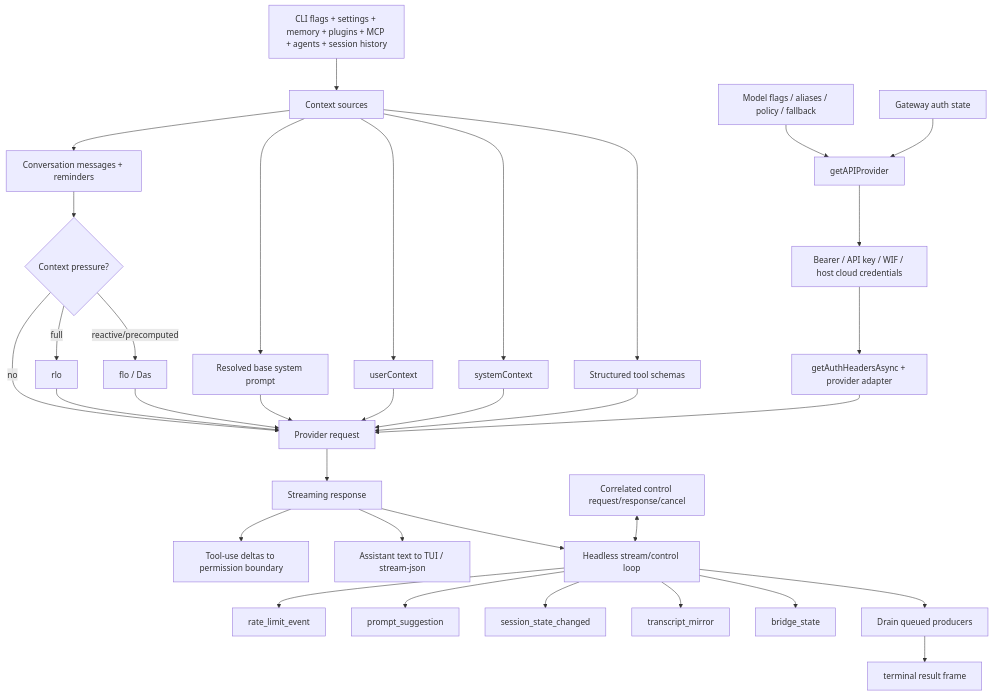
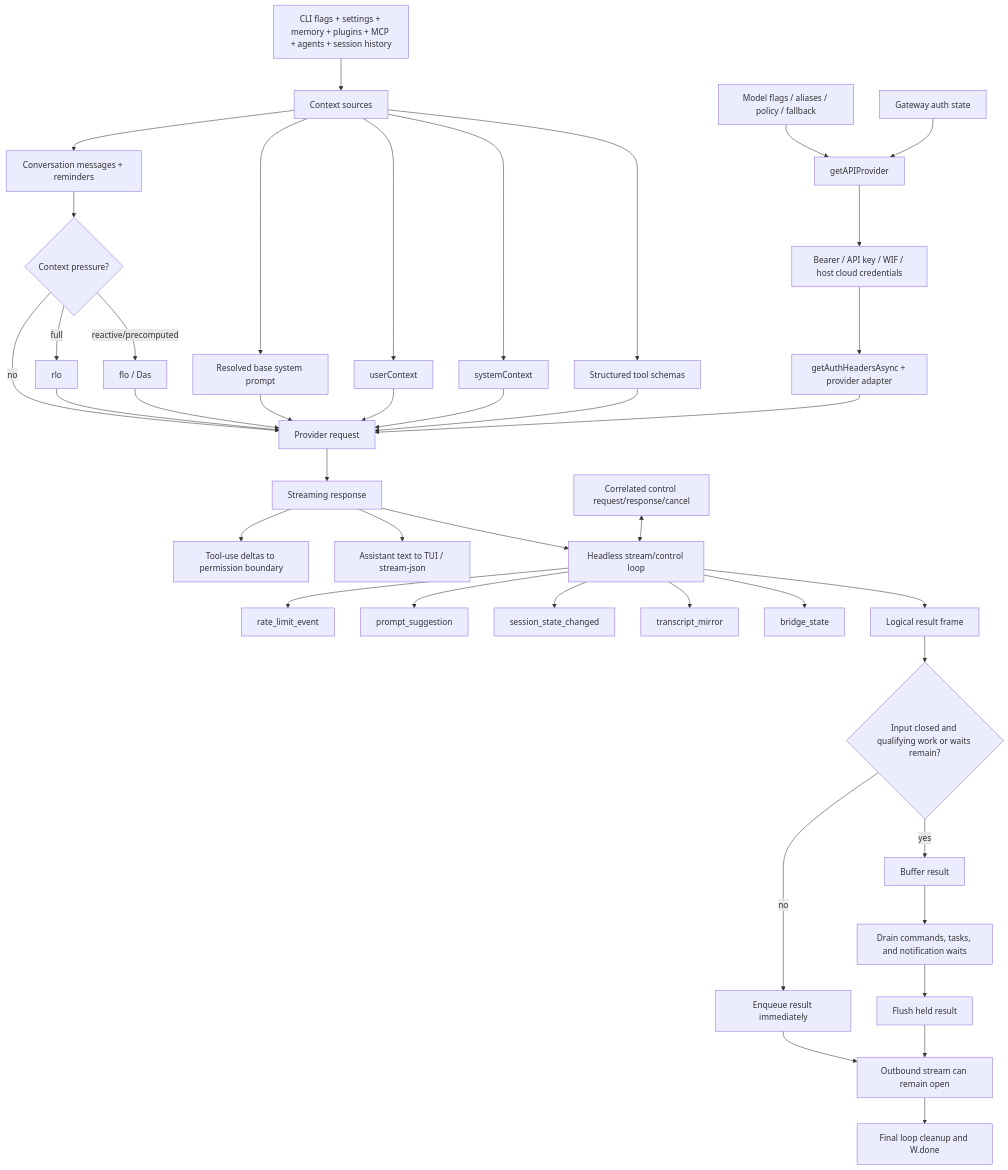
The diagram in docs/02-context-model-loop/architecture.md (vibewatch/claude-code-internals), drawn with Mermaid before and after one commit. The commit also changed other lines of this file and 27 other files, not shown here.

````diff
--- a/docs/02-context-model-loop/architecture.md
+++ b/docs/02-context-model-loop/architecture.md
@@ -65,40 +66,47 @@
 ```mermaid
 flowchart TD
     Inputs[CLI flags + settings + memory + plugins + MCP + agents + session history] --> Sources[Context sources]
     Sources --> Base[Resolved base system prompt]
     Sources --> User[userContext]
     Sources --> System[systemContext]
     Sources --> Tools[Structured tool schemas]
     Sources --> Transcript[Conversation messages + reminders]
 
     Transcript --> CompactRouter{Context pressure?}
     CompactRouter -->|no| Request[Provider request]
     CompactRouter -->|full| Full[rlo]
     CompactRouter -->|reactive/precomputed| Reactive[flo / Das]
     Full --> Request
     Reactive --> Request
     Base --> Request
     User --> Request
     System --> Request
     Tools --> Request
 
     Models[Model flags / aliases / policy / fallback] --> ProviderRouter[getAPIProvider]
     Gateway[Gateway auth state] --> ProviderRouter
     ProviderRouter --> AuthMatrix[Bearer / API key / WIF / host cloud credentials]
     AuthMatrix --> Headers[getAuthHeadersAsync + provider adapter]
     Headers --> Request
 
     Request --> ModelStream[Streaming response]
     ModelStream --> ToolUse[Tool-use deltas to permission boundary]
     ModelStream --> TextUI[Assistant text to TUI / stream-json]
 
     ModelStream --> Mux[Headless stream/control loop]
     Control[Correlated control request/response/cancel] <--> Mux
     Mux --> RateLimit[rate_limit_event]
     Mux --> Suggestions[prompt_suggestion]
     Mux --> State[session_state_changed]
     Mux --> Mirror[transcript_mirror]
     Mux --> Bridge[bridge_state]
-    Mux --> Drain[Drain queued producers]
-    Drain --> Result[terminal result frame]
+    Mux --> Result[Logical result frame]
+    Result --> Hold{Input closed and qualifying work or waits remain?}
+    Hold -->|no| Emit[Enqueue result immediately]
+    Hold -->|yes| Held[Buffer result]
+    Held --> Drain[Drain commands, tasks, and notification waits]
+    Drain --> Flush[Flush held result]
+    Emit --> Open[Outbound stream can remain open]
+    Flush --> Open
+    Open --> Close[Final loop cleanup and W.done]
 ```
````
